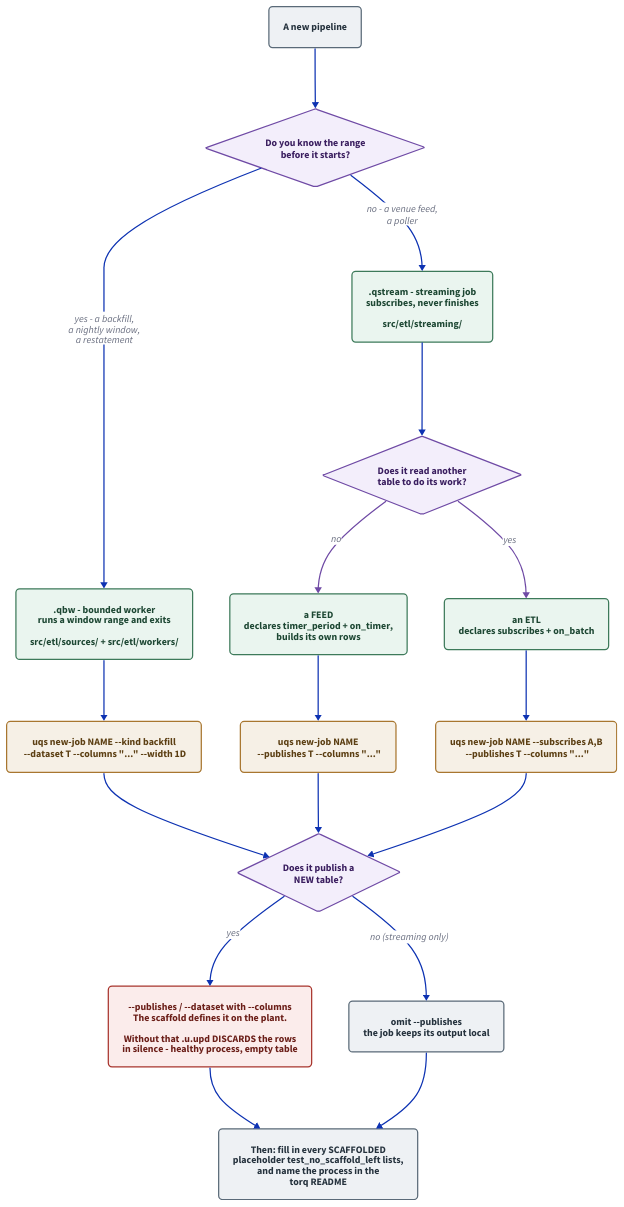
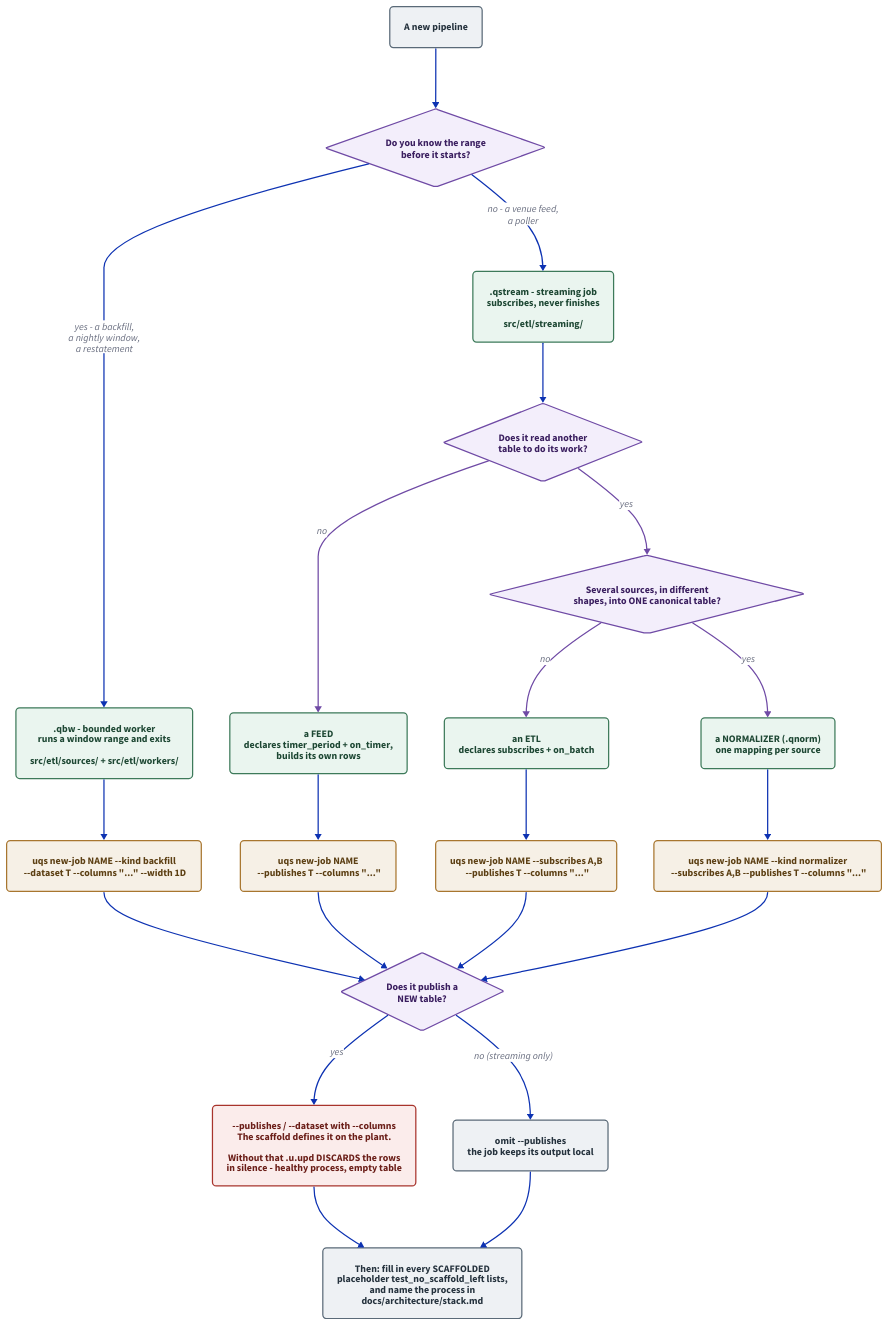
Before and after one commit to kwojdalski/uqf: the diagram in docs/diagrams/pipeline-decision.d2, drawn with D2. The commit also changed 9 other files, not shown here.

First line of the commit message:
docs/diagrams: bring five diagrams up to date with the tree

```diff
--- a/docs/diagrams/pipeline-decision.d2
+++ b/docs/diagrams/pipeline-decision.d2
@@ -1,117 +1,126 @@
 # pipeline-decision.d2 - which pipeline shape to build, and the command that
 # scaffolds it.
 #
 # Rendered by scripts/generate/render_diagrams.py, which CI runs with
 # --check. Embedded from docs/guides/new-pipeline.md.
 #
 # THE DECISION THIS DRAWS is the first one, and the guide says it is "the only
 # structural mistake here that is expensive to undo": bounded or continuous.
 # Everything after it is a flag on one command. That asymmetry is the point of
 # the drawing - a reader who expects a long decision tree should be able to see
-# in one glance that there are three questions, not thirty, and that only the
+# in one glance that there are four questions, not thirty, and that only the
 # first one is hard to change later.
 #
 # The kinds are DERIVED, not asked for: a streaming job that subscribes to
 # nothing is a feed, one that subscribes is an etl. scaffold/jobs.py comments
 # that there is no third answer the caller could give which the edges do not
-# already imply - so the diagram shows `--subscribes` deciding it rather than a
+# already imply. A NORMALIZER is the one kind named outright (--kind
+# normalizer): its edges look like an etl's, and what differs is its purpose -
+# several differently-shaped tables in, one canonical shape out - so the diagram shows `--subscribes` deciding it rather than a
 # `--kind feed` that does not exist.
 #
 # What is deliberately NOT here: the transform, the check, the io manager and
 # the partition. Those are declarations you write inside the file the scaffold
 # gives you, not choices about which file to make, and putting them on a
 # decision tree would say they are alternatives when they are ingredients.
 
 direction: down
 
 vars: {
   d2-config: {
     pad: 40
   }
 }
 
 classes: {
   question: {
     shape: diamond
     style: {
       fill: "#f3eefb"
       stroke: "#6f4aa5"
       font-color: "#3a1e5f"
     }
   }
   shell: {
     style: {
       fill: "#eaf5ef"
       stroke: "#3d7a5a"
       font-color: "#1d4733"
       border-radius: 6
     }
   }
   command: {
     style: {
       fill: "#f6f0e6"
       stroke: "#a8762f"
       font-color: "#5c3f13"
       border-radius: 6
     }
   }
   outcome: {
     style: {
       fill: "#eef1f4"
       stroke: "#5a6a78"
       font-color: "#25323d"
       border-radius: 6
     }
   }
   warn: {
     style: {
       fill: "#fbeceb"
       stroke: "#a8342c"
       font-color: "#6b1e18"
       border-radius: 6
     }
   }
 }
 
 start: "A new pipeline" { class: outcome }
 
 q1: "Do you know the range\nbefore it starts?" { class: question }
 
 bounded: ".qbw - bounded worker\nruns a window range and exits\n\nsrc/etl/sources/ + src/etl/workers/" { class: shell }
 cont: ".qstream - streaming job\nsubscribes, never finishes\n\nsrc/etl/streaming/" { class: shell }
 
 q2: "Does it read another\ntable to do its work?" { class: question }
 feed: "a FEED\ndeclares timer_period + on_timer,\nbuilds its own rows" { class: shell }
 etl: "an ETL\ndeclares subscribes + on_batch" { class: shell }
+q2b: "Several sources, in different\nshapes, into ONE canonical table?" { class: question }
+normalizer: "a NORMALIZER (.qnorm)\none mapping per source" { class: shell }
+cmd_n: "uqs new-job NAME --kind normalizer\n  --subscribes A,B --publishes T --columns \"...\"" { class: command }
 
 cmd_b: "uqs new-job NAME --kind backfill\n  --dataset T --columns \"...\" --width 1D" { class: command }
 cmd_f: "uqs new-job NAME\n  --publishes T --columns \"...\"" { class: command }
 cmd_e: "uqs new-job NAME --subscribes A,B\n  --publishes T --columns \"...\"" { class: command }
 
 q3: "Does it publish a\nNEW table?" { class: question }
 newtable: "--publishes / --dataset with --columns\nThe scaffold defines it on the plant.\n\nWithout that .u.upd DISCARDS the rows\nin silence - healthy process, empty table" { class: warn }
 localonly: "omit --publishes\nthe job keeps its output local" { class: outcome }
 
-done: "Then: fill in every SCAFFOLDED\nplaceholder test_no_scaffold_left lists,\nand name the process in the\ntorq README" { class: outcome }
+done: "Then: fill in every SCAFFOLDED\nplaceholder test_no_scaffold_left lists,\nand name the process in\ndocs/architecture/stack.md" { class: outcome }
 
 start -> q1
 q1 -> bounded: "yes - a backfill,\na nightly window,\na restatement"
 q1 -> cont: "no - a venue feed,\na poller"
 
 cont -> q2
 q2 -> feed: "no" { style.stroke: "#6f4aa5" }
-q2 -> etl: "yes" { style.stroke: "#6f4aa5" }
+q2 -> q2b: "yes" { style.stroke: "#6f4aa5" }
+q2b -> etl: "no" { style.stroke: "#6f4aa5" }
+q2b -> normalizer: "yes" { style.stroke: "#6f4aa5" }
 
 bounded -> cmd_b
 feed -> cmd_f
 etl -> cmd_e
+normalizer -> cmd_n
 
 cmd_b -> q3
 cmd_f -> q3
 cmd_e -> q3
+cmd_n -> q3
 
 q3 -> newtable: "yes"
 q3 -> localonly: "no (streaming only)"
 
 newtable -> done
 localonly -> done
```
